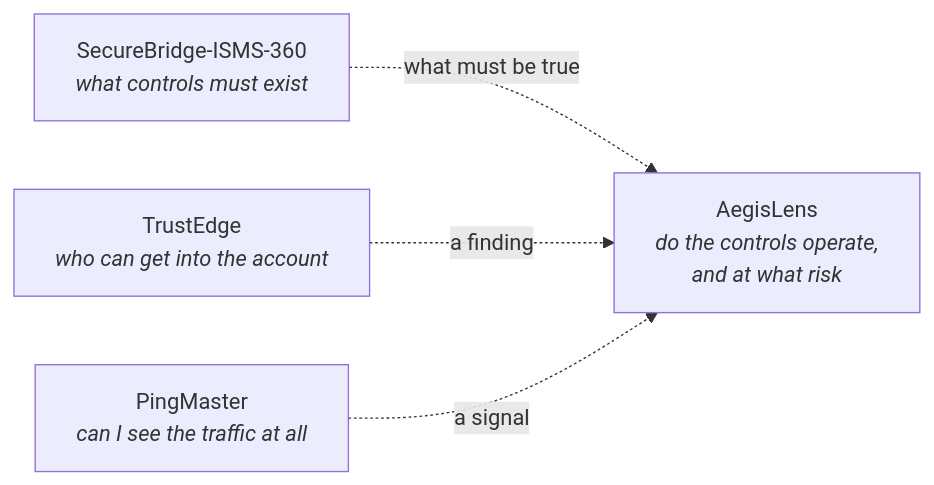
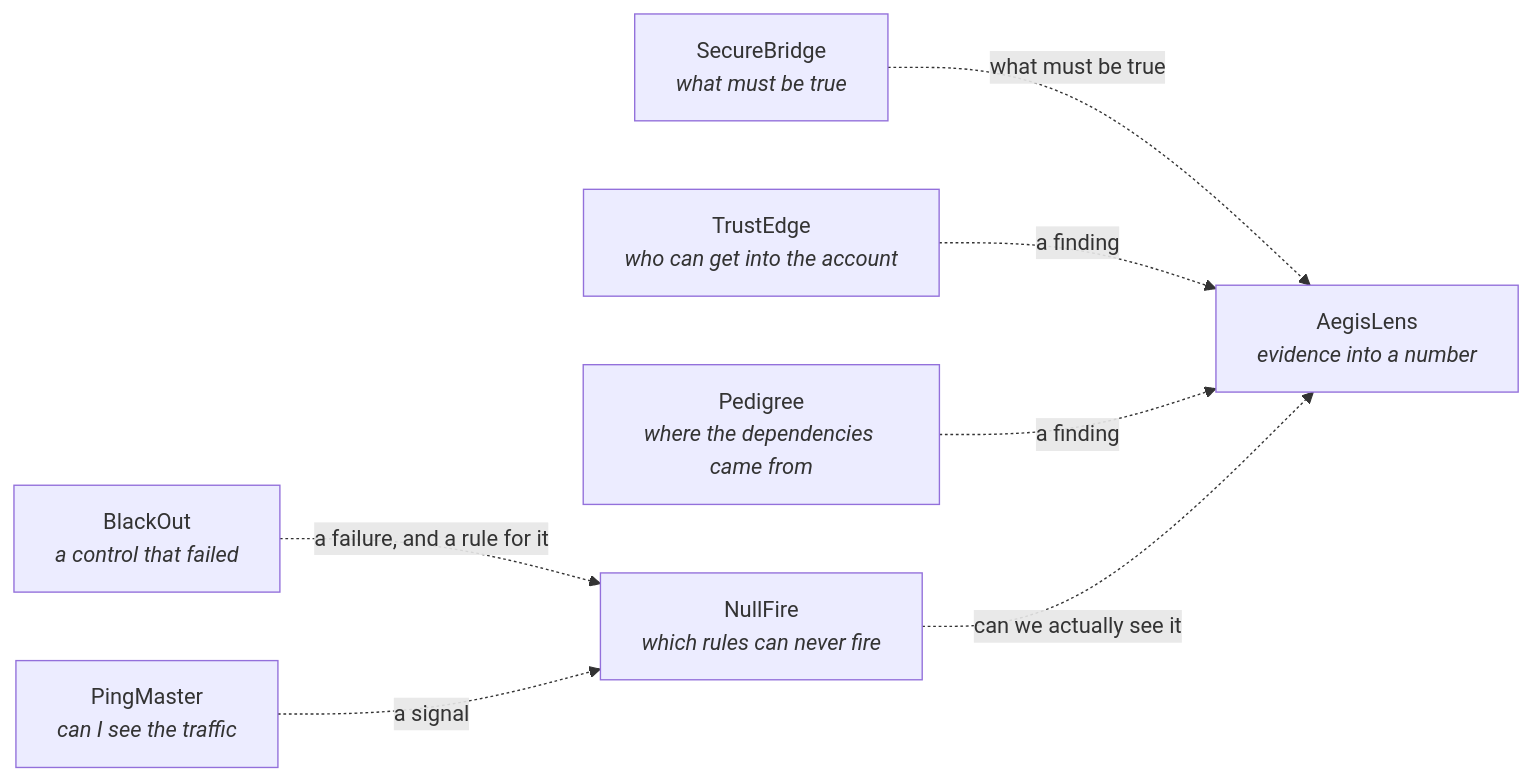
Before and after one commit to het-P301204/het-P301204: the diagram in README.md, drawn with Mermaid. The commit also changed other lines of this file and 9 other files, not shown here.

````diff
--- a/README.md
+++ b/README.md
@@ -202,16 +285,25 @@
 ```mermaid
 flowchart LR
-  SB["SecureBridge-ISMS-360<br/><i>what controls must exist</i>"]
+  SB["SecureBridge<br/><i>what must be true</i>"]
   TE["TrustEdge<br/><i>who can get into the account</i>"]
-  PM["PingMaster<br/><i>can I see the traffic at all</i>"]
-  AL["AegisLens<br/><i>do the controls operate,<br/>and at what risk</i>"]
+  PD["Pedigree<br/><i>where the dependencies came from</i>"]
+  BO["BlackOut<br/><i>a control that failed</i>"]
+  PM["PingMaster<br/><i>can I see the traffic</i>"]
+  NF["NullFire<br/><i>which rules can never fire</i>"]
+  AL["AegisLens<br/><i>evidence into a number</i>"]
 
   SB -. "what must be true" .-> AL
   TE -. "a finding" .-> AL
-  PM -. "a signal" .-> AL
+  PD -. "a finding" .-> AL
+  BO -. "a failure, and a rule for it" .-> NF
+  PM -. "a signal" .-> NF
+  NF -. "can we actually see it" .-> AL
 
   click SB "https://github.com/het-P301204/SecureBridge-ISMS-360"
   click TE "https://github.com/het-P301204/TrustEdge-AWS-IAM-analyzer"
+  click PD "https://github.com/het-P301204/Pedigree-npm-provenance-gate"
+  click BO "https://github.com/het-P301204/BlackOut"
   click PM "https://github.com/het-P301204/PingMaster"
+  click NF "https://github.com/het-P301204/NullFire"
   click AL "https://github.com/het-P301204/AegisLens-security-workbench"
 ```
````
